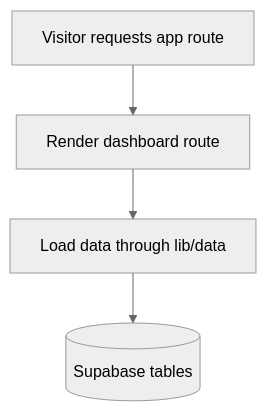
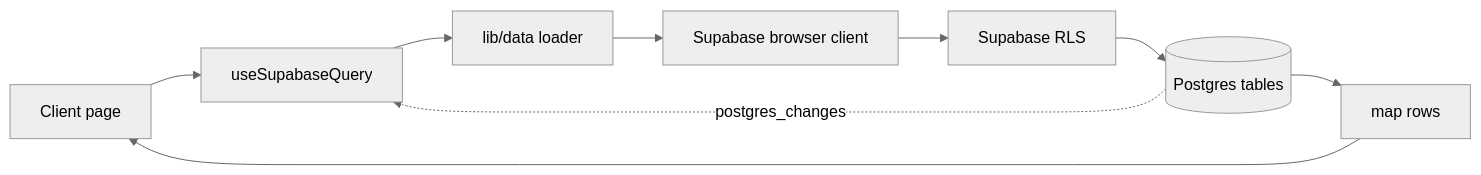
The fourth of 17 diagrams in SYSTEM_FLOW.md (muhammadjamshed7/Assignmentwork), drawn with Mermaid (neutral theme) before and after one commit. The commit also changed other lines of this file and 18 other files, not shown here.

````diff
--- a/SYSTEM_FLOW.md
+++ b/SYSTEM_FLOW.md
@@ -87,6 +236,11 @@
 ```mermaid
-flowchart TD
-  Visitor[Visitor requests app route] --> App[Render dashboard route]
-  App --> Data[Load data through lib/data]
-  Data --> Supabase[(Supabase tables)]
+flowchart LR
+  Page[Client page] --> Hook[useSupabaseQuery]
+  Hook --> Loader[lib/data loader]
+  Loader --> Client[Supabase browser client]
+  Client --> RLS[Supabase RLS]
+  RLS --> Tables[(Postgres tables)]
+  Tables --> Mapper[map rows]
+  Mapper --> Page
+  Tables -. postgres_changes .-> Hook
 ```
````
